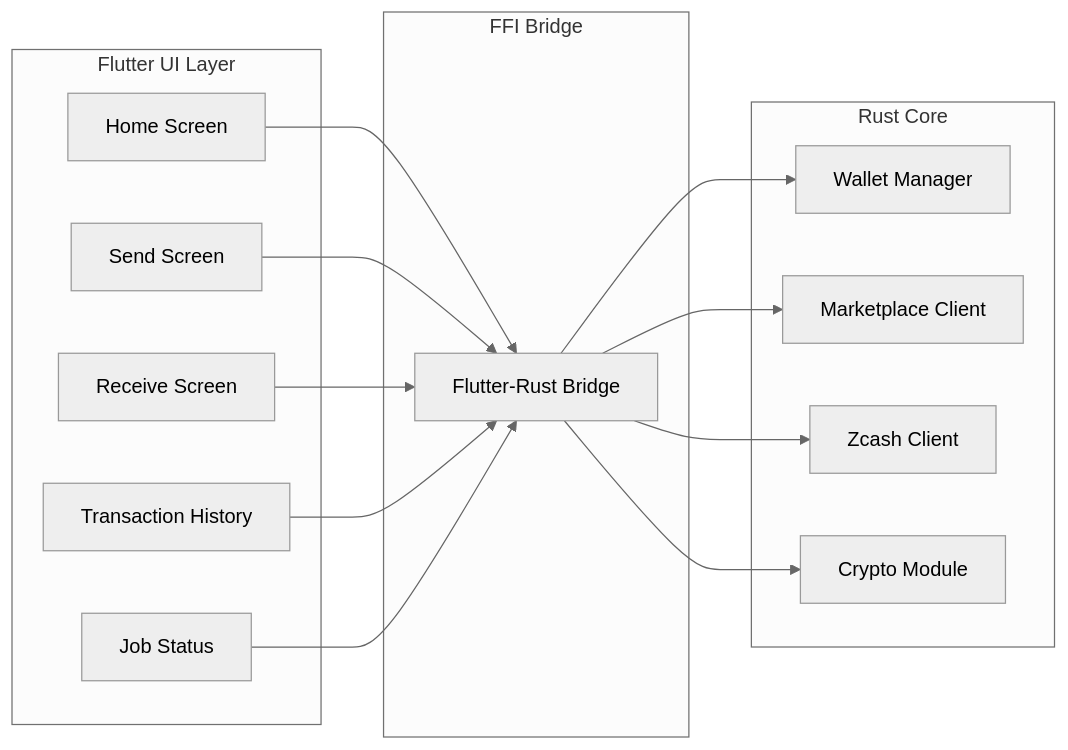
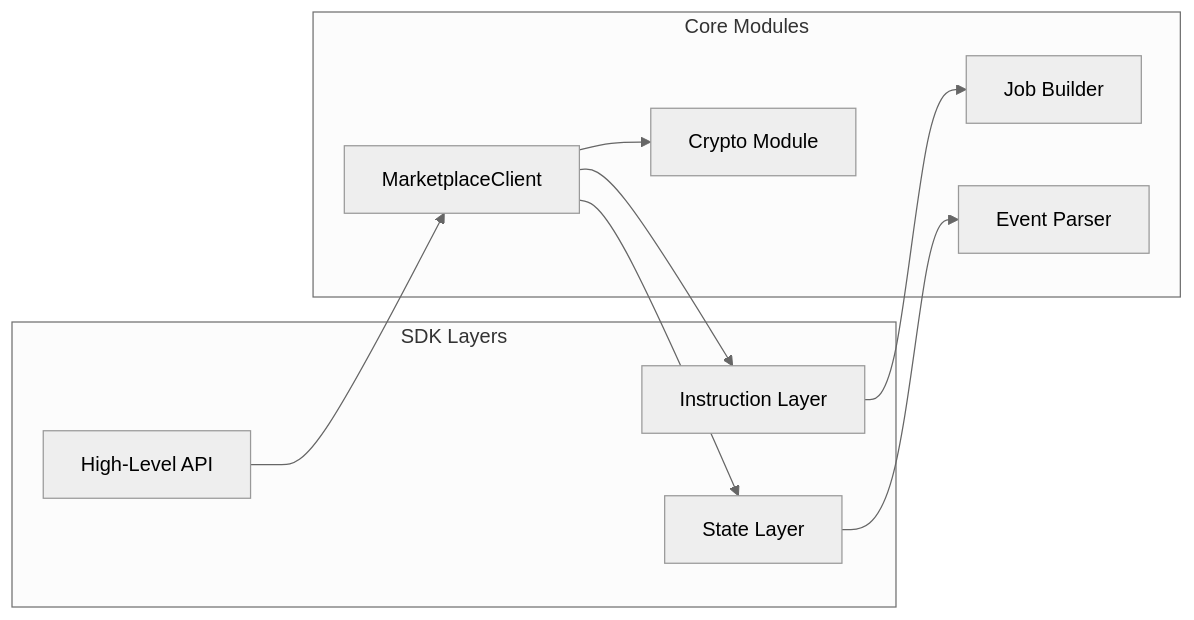
The second of 6 diagrams in docs/ARCHITECTURE.md (8ctag0n/13), drawn with Mermaid (neutral theme) before and after one commit. The commit also changed other lines of this file and 19 other files, not shown here.

````diff
--- a/docs/ARCHITECTURE.md
+++ b/docs/ARCHITECTURE.md
@@ -89,32 +100,22 @@
 ```mermaid
 graph LR
-    subgraph "Flutter UI Layer"
-        HS[Home Screen]
-        SS[Send Screen]
-        RS[Receive Screen]
-        TS[Transaction History]
-        JS[Job Status]
+    subgraph "SDK Layers"
+        HL[High-Level API]
+        IL[Instruction Layer]
+        SL[State Layer]
     end
 
-    subgraph "FFI Bridge"
-        FB[Flutter-Rust Bridge]
-    end
-
-    subgraph "Rust Core"
-        WM[Wallet Manager]
-        MC[Marketplace Client]
-        ZC[Zcash Client]
+    subgraph "Core Modules"
+        MC[MarketplaceClient]
+        JB[Job Builder]
+        EP[Event Parser]
         CR[Crypto Module]
     end
 
-    HS --> FB
-    SS --> FB
-    RS --> FB
-    TS --> FB
-    JS --> FB
-
-    FB --> WM
-    FB --> MC
-    FB --> ZC
-    FB --> CR
+    HL --> MC
+    MC --> IL
+    MC --> SL
+    IL --> JB
+    SL --> EP
+    MC --> CR
 ```
````
